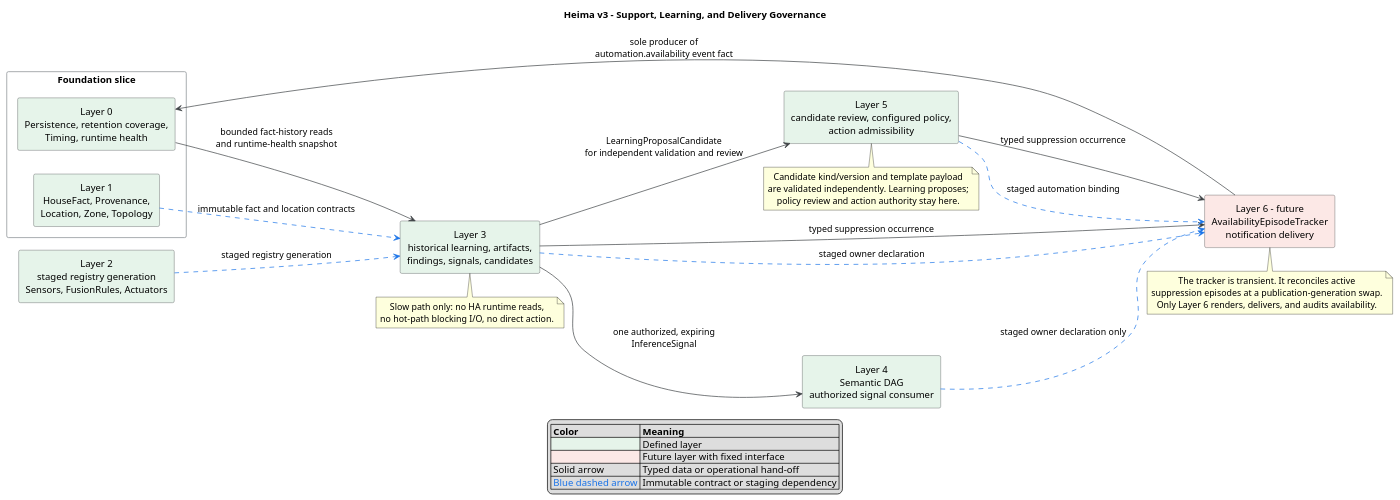
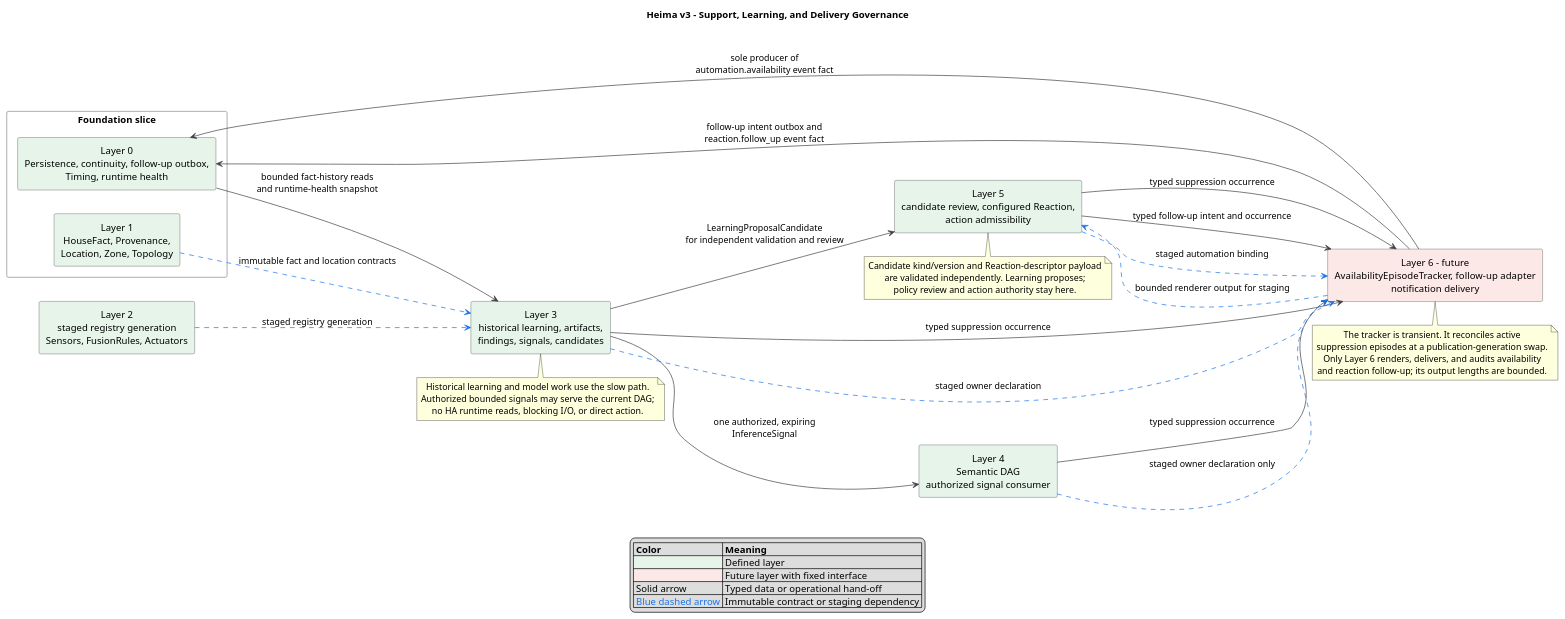
Before and after one commit to heima-labs/ha-heima-core: the diagram in docs/specs/v3/architecture_support_governance.puml, drawn with PlantUML. The commit also changed 53 other files, not shown here.

```diff
--- a/docs/specs/v3/architecture_support_governance.puml
+++ b/docs/specs/v3/architecture_support_governance.puml
@@ -1,62 +1,68 @@
 @startuml
 title Heima v3 - Support, Learning, and Delivery Governance
 left to right direction
 
 skinparam shadowing false
 skinparam componentStyle rectangle
 skinparam packageStyle rectangle
 skinparam defaultTextAlignment center
 skinparam ArrowColor #3C4043
 skinparam componentBorderColor #3C4043
 skinparam packageBorderColor #80868B
 
 package "Foundation slice" {
-  component "Layer 0\nPersistence, retention coverage,\nTiming, runtime health" as L0 #E6F4EA
+  component "Layer 0\nPersistence, continuity, follow-up outbox,\nTiming, runtime health" as L0 #E6F4EA
   component "Layer 1\nHouseFact, Provenance,\nLocation, Zone, Topology" as L1 #E6F4EA
 }
 
 component "Layer 2\nstaged registry generation\nSensors, FusionRules, Actuators" as L2 #E6F4EA
 component "Layer 3\nhistorical learning, artifacts,\nfindings, signals, candidates" as L3 #E6F4EA
 component "Layer 4\nSemantic DAG\nauthorized signal consumer" as L4 #E6F4EA
-component "Layer 5\ncandidate review, configured policy,\naction admissibility" as L5 #E6F4EA
-component "Layer 6 - future\nAvailabilityEpisodeTracker\nnotification delivery" as L6 #FCE8E6
+component "Layer 5\ncandidate review, configured Reaction,\naction admissibility" as L5 #E6F4EA
+component "Layer 6 - future\nAvailabilityEpisodeTracker, follow-up adapter\nnotification delivery" as L6 #FCE8E6
 
 L0 --> L3 : bounded fact-history reads\nand runtime-health snapshot
 L2 -[#1A73E8,dashed]-> L3 : staged registry generation
 L1 -[#1A73E8,dashed]-> L3 : immutable fact and location contracts
 
 L3 --> L4 : one authorized, expiring\nInferenceSignal
 L3 --> L5 : LearningProposalCandidate\nfor independent validation and review
 
 L3 --> L6 : typed suppression occurrence
+L4 --> L6 : typed suppression occurrence
 L5 --> L6 : typed suppression occurrence
+L5 --> L6 : typed follow-up intent and occurrence
 L3 -[#1A73E8,dashed]-> L6 : staged owner declaration
 L4 -[#1A73E8,dashed]-> L6 : staged owner declaration only
 L5 -[#1A73E8,dashed]-> L6 : staged automation binding
+L6 -[#1A73E8,dashed]-> L5 : bounded renderer output for staging
 L6 --> L0 : sole producer of\nautomation.availability event fact
+L6 --> L0 : follow-up intent outbox and\nreaction.follow_up event fact
 
 note bottom of L3
-  Slow path only: no HA runtime reads,
-  no hot-path blocking I/O, no direct action.
+  Historical learning and model work use the slow path.
+  Authorized bounded signals may serve the current DAG;
+  no HA runtime reads, blocking I/O, or direct action.
 end note
 
 note bottom of L5
-  Candidate kind/version and template payload
+  Candidate kind/version and Reaction-descriptor payload
   are validated independently. Learning proposes;
   policy review and action authority stay here.
 end note
 
 note bottom of L6
   The tracker is transient. It reconciles active
   suppression episodes at a publication-generation swap.
-  Only Layer 6 renders, delivers, and audits availability.
+  Only Layer 6 renders, delivers, and audits availability
+  and reaction follow-up; its output lengths are bounded.
 end note
 
 legend bottom
   |= Color |= Meaning |
   |<#E6F4EA> | Defined layer |
   |<#FCE8E6> | Future layer with fixed interface |
   | Solid arrow | Typed data or operational hand-off |
   | <color:#1A73E8>Blue dashed arrow</color> | Immutable contract or staging dependency |
 endlegend
 @enduml
```
